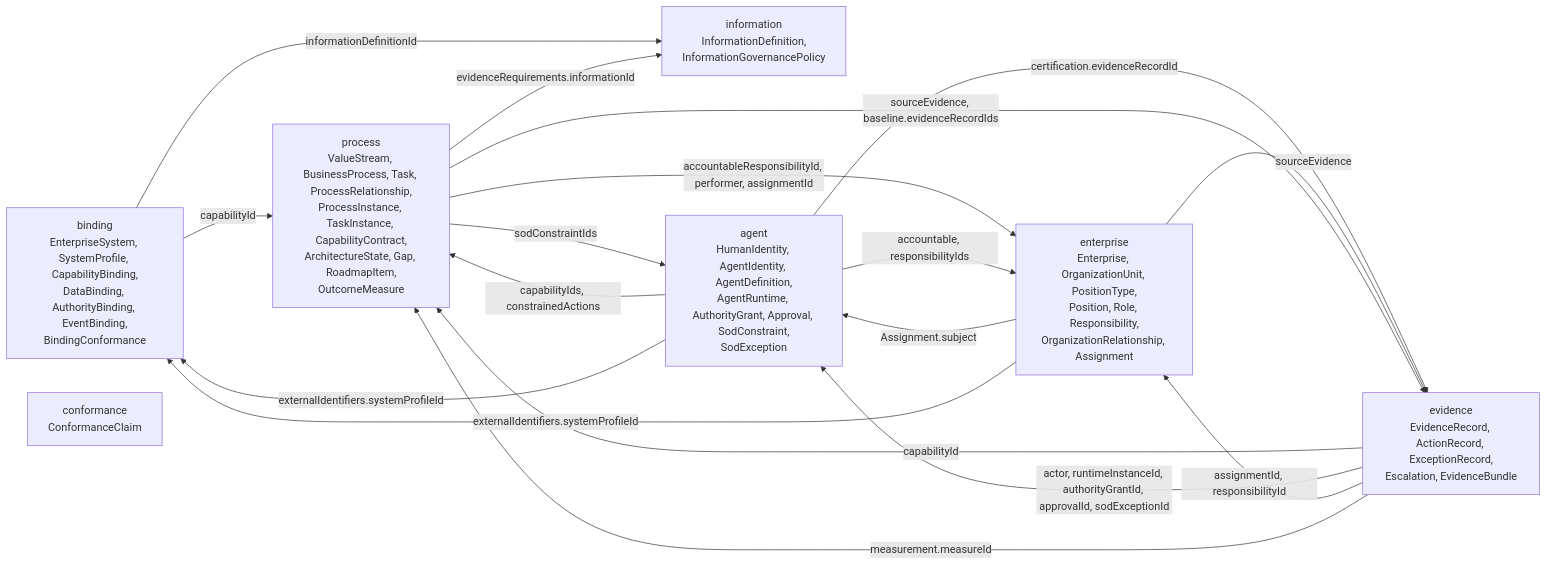
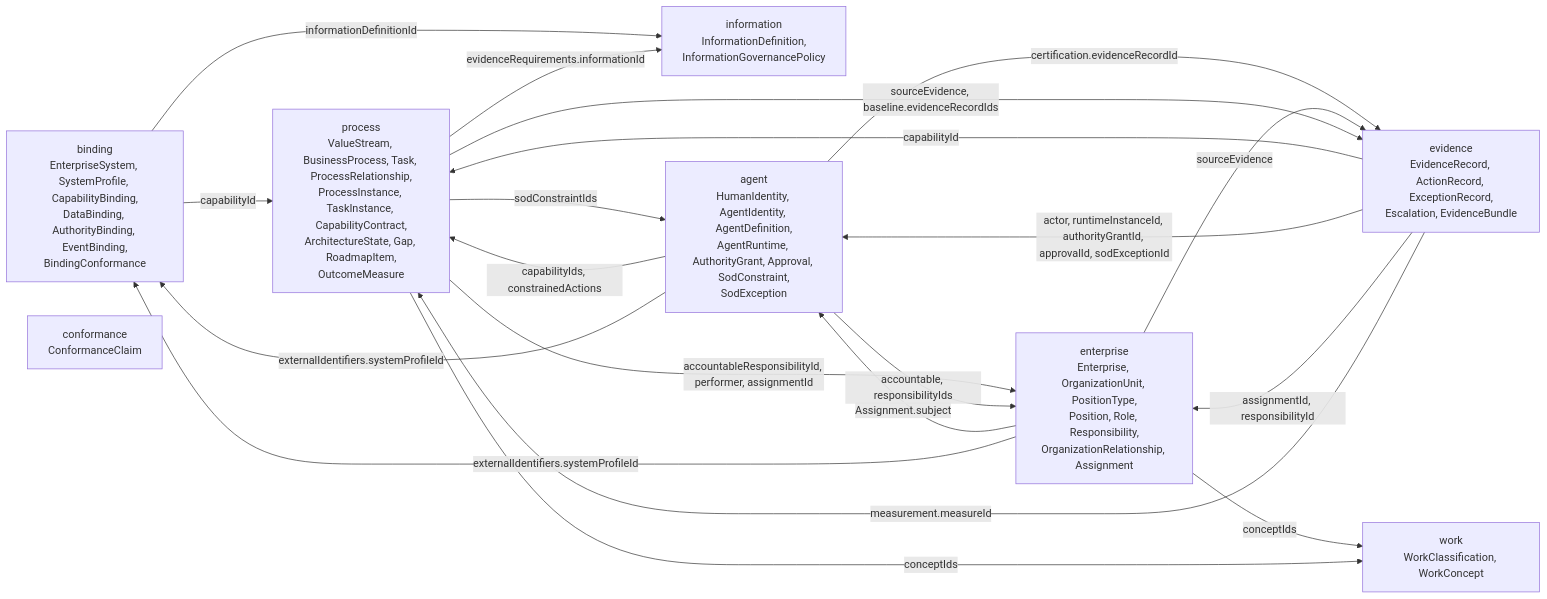
One commit to nauticana/charter changed the diagram in schema/README.md. Above: the diagram before and after it, drawn with Mermaid. The commit also changed other lines of this file and 54 other files, not shown here.

````diff
--- a/schema/README.md
+++ b/schema/README.md
@@ -49,28 +50,31 @@
 ```mermaid
 flowchart LR
     binding -->|informationDefinitionId| information
     binding -->|capabilityId| process
     process -->|sodConstraintIds| agent
     process -->|accountableResponsibilityId, performer, assignmentId| enterprise
     evidence -->|capabilityId| process
     evidence -->|actor, runtimeInstanceId, authorityGrantId, approvalId, sodExceptionId| agent
     evidence -->|assignmentId, responsibilityId| enterprise
     enterprise -->|Assignment.subject| agent
     agent -->|accountable, responsibilityIds| enterprise
     agent -->|capabilityIds, constrainedActions| process
     agent -->|certification.evidenceRecordId| evidence
     enterprise -->|sourceEvidence| evidence
     process -->|sourceEvidence, baseline.evidenceRecordIds| evidence
     process -->|evidenceRequirements.informationId| information
     evidence -->|measurement.measureId| process
     enterprise -->|externalIdentifiers.systemProfileId| binding
     agent -->|externalIdentifiers.systemProfileId| binding
+    enterprise -->|conceptIds| work
+    process -->|conceptIds| work
 
     binding["binding<br/>EnterpriseSystem, SystemProfile, CapabilityBinding,<br/>DataBinding, AuthorityBinding, EventBinding,<br/>BindingConformance"]
     information["information<br/>InformationDefinition,<br/>InformationGovernancePolicy"]
     enterprise["enterprise<br/>Enterprise, OrganizationUnit, PositionType,<br/>Position, Role, Responsibility,<br/>OrganizationRelationship, Assignment"]
     agent["agent<br/>HumanIdentity, AgentIdentity, AgentDefinition,<br/>AgentRuntime, AuthorityGrant, Approval, SodConstraint,<br/>SodException"]
     process["process<br/>ValueStream, BusinessProcess, Task, ProcessRelationship,<br/>ProcessInstance, TaskInstance, CapabilityContract,<br/>ArchitectureState, Gap, RoadmapItem,<br/>OutcomeMeasure"]
     evidence["evidence<br/>EvidenceRecord, ActionRecord, ExceptionRecord,<br/>Escalation, EvidenceBundle"]
     conformance["conformance<br/>ConformanceClaim"]
+    work["work<br/>WorkClassification, WorkConcept"]
 ```
````
